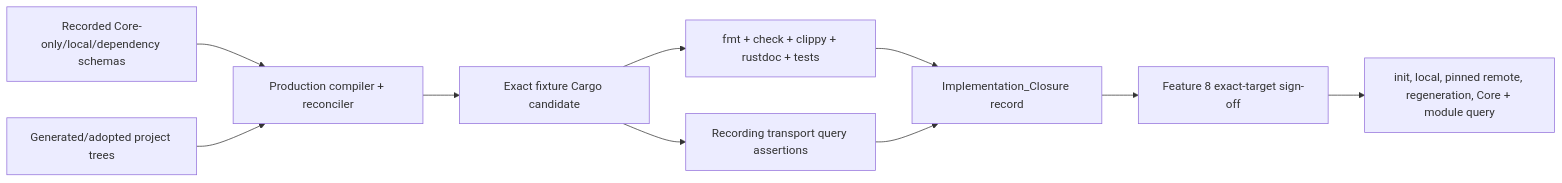
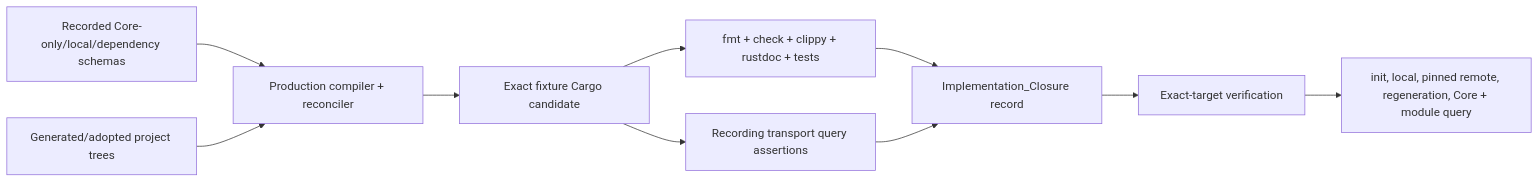
The fourth of 4 diagrams in .kiro/specs/rust-sdk-client-generation/design.md (tokeira/dagger-rust-sdk), drawn with Mermaid before and after one commit. The commit also changed other lines of this file and 2 other files, not shown here.

First line of the commit message:
docs(sdk/rust): reinstate the Feature 7 client-generation specification

````diff
--- a/.kiro/specs/rust-sdk-client-generation/design.md
+++ b/.kiro/specs/rust-sdk-client-generation/design.md
@@ -457,12 +447,12 @@
 ```mermaid
 flowchart LR
     FIX["Recorded Core-only/local/dependency schemas"] --> PROD["Production compiler + reconciler"]
     TREE["Generated/adopted project trees"] --> PROD
     PROD --> CARGO["Exact fixture Cargo candidate"]
     CARGO --> LOCAL["fmt + check + clippy + rustdoc + tests"]
     CARGO --> REC["Recording transport query assertions"]
     LOCAL --> CLOSE["Implementation_Closure record"]
     REC --> CLOSE
-    CLOSE --> SIGN["Feature 8 exact-target sign-off"]
+    CLOSE --> SIGN["Exact-target verification"]
     SIGN --> CASES["init, local, pinned remote, regeneration, Core + module query"]
 ```
````
